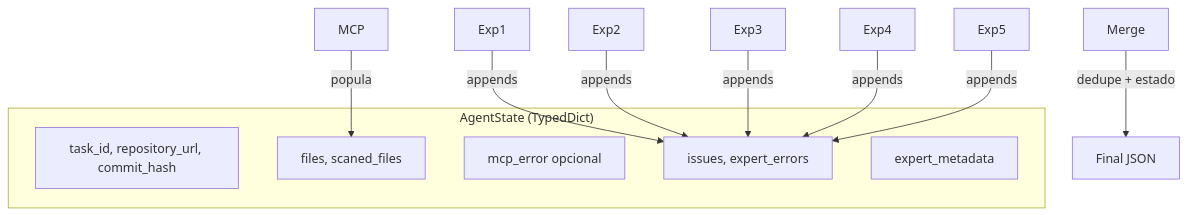
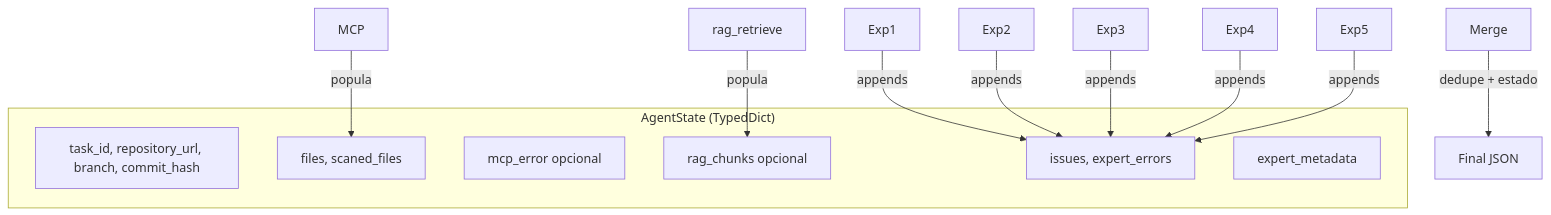
The third of 3 diagrams in docs/architecture.md (KaribuLab/titvo-dev), drawn with Mermaid before and after one commit. The commit also changed other lines of this file and 12 other files, not shown here.

Commit message:
feat: Integrate RAG context retrieval into agent analysis workflow, adding rag_retrieve node for vector search and enhancing expert prompts with RAG context instructions

````diff
--- a/docs/architecture.md
+++ b/docs/architecture.md
@@ -53,18 +68,20 @@
 ```mermaid
 flowchart TD
     subgraph State["AgentState (TypedDict)"]
-        Task[task_id, repository_url, commit_hash]
+        Task[task_id, repository_url, branch, commit_hash]
         Files[files, scaned_files]
         MCPERR[mcp_error opcional]
+        RAGChunks[rag_chunks opcional]
         Issues[issues, expert_errors]
         Meta[expert_metadata]
     end
     
     MCP -->|popula| Files
+    RAG_Node[rag_retrieve] -->|popula| RAGChunks
     Exp1 -->|appends| Issues
     Exp2 -->|appends| Issues
     Exp3 -->|appends| Issues
     Exp4 -->|appends| Issues
     Exp5 -->|appends| Issues
     Merge -->|dedupe + estado| Final[Final JSON]
 ```
````
